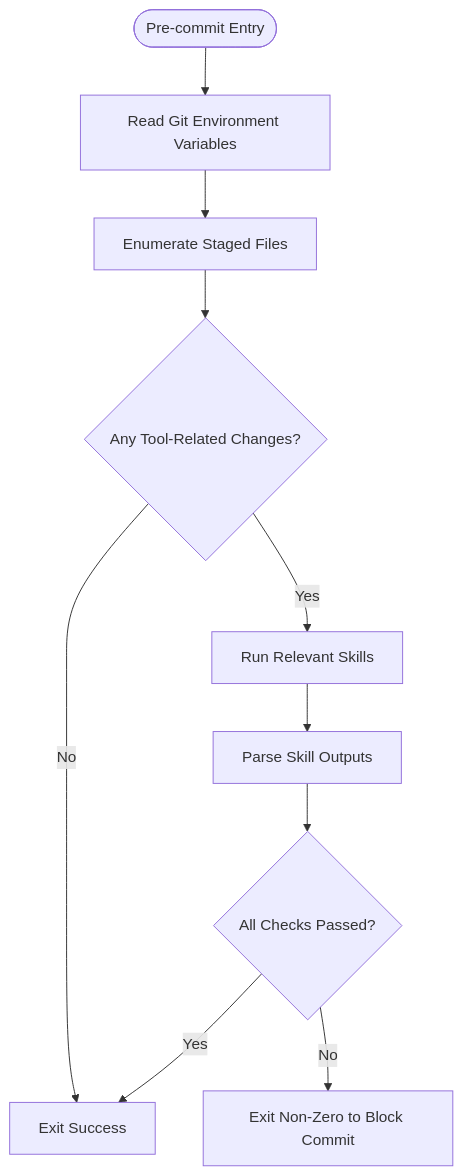
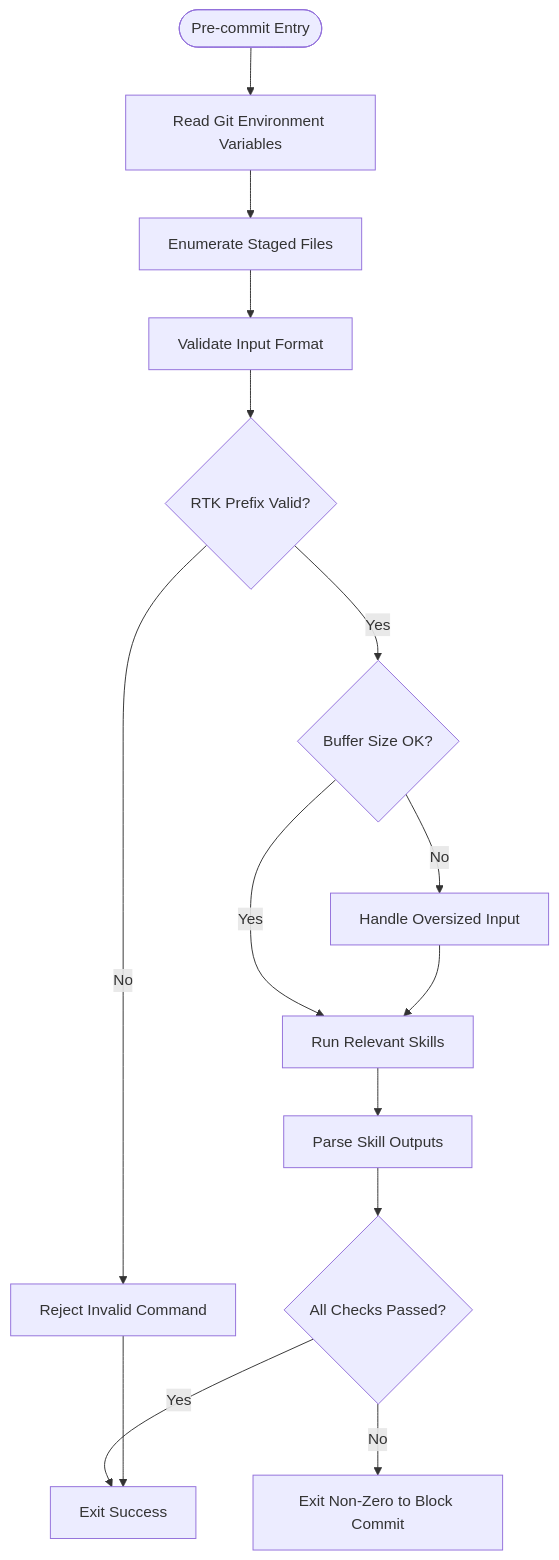
The fourth of 8 diagrams in .qoder/repowiki/en/content/Core Architecture/Hook System Architecture.md (Sherlock-Shi/pi-codex-kit), drawn with Mermaid before and after one commit. The commit also changed other lines of this file and 47 other files, not shown here.

````diff
--- a/.qoder/repowiki/en/content/Core Architecture/Hook System Architecture.md
+++ b/.qoder/repowiki/en/content/Core Architecture/Hook System Architecture.md
@@ -160,12 +224,17 @@
 ```mermaid
 flowchart TD
 Start(["Pre-commit Entry"]) --> ReadEnv["Read Git Environment Variables"]
 ReadEnv --> StageFiles["Enumerate Staged Files"]
-StageFiles --> Decide{"Any Tool-Related Changes?"}
-Decide --> |No| ExitOK["Exit Success"]
-Decide --> |Yes| RunSkills["Run Relevant Skills"]
+StageFiles --> ValidateInput["Validate Input Format"]
+ValidateInput --> CheckPrefix{"RTK Prefix Valid?"}
+CheckPrefix --> |No| Reject["Reject Invalid Command"]
+CheckPrefix --> |Yes| CheckSize{"Buffer Size OK?"}
+CheckSize --> |No| Truncate["Handle Oversized Input"]
+CheckSize --> |Yes| RunSkills["Run Relevant Skills"]
 RunSkills --> ParseResults["Parse Skill Outputs"]
 ParseResults --> CheckStatus{"All Checks Passed?"}
 CheckStatus --> |No| BlockCommit["Exit Non-Zero to Block Commit"]
-CheckStatus --> |Yes| ExitOK
+CheckStatus --> |Yes| ExitOK["Exit Success"]
+Reject --> ExitOK
+Truncate --> RunSkills
 ```
````
